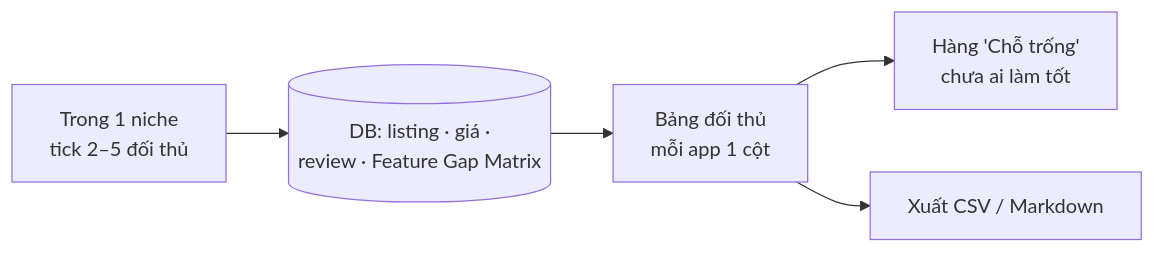
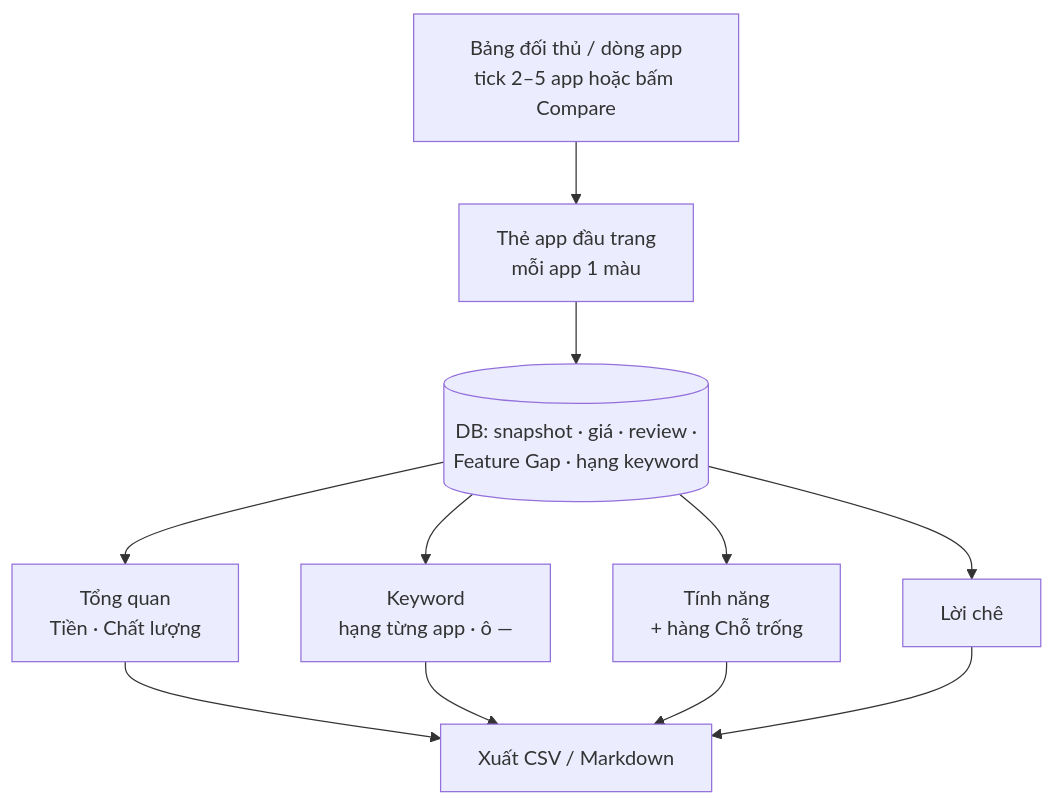
One commit to nvminhtu/niche-radar-docs changed the diagram in docs/web/phase-56-compare-competitor.md. Above: the diagram before and after it, drawn with Mermaid. The commit also changed other lines of this file and 22 other files, not shown here.

````diff
--- a/docs/web/phase-56-compare-competitor.md
+++ b/docs/web/phase-56-compare-competitor.md
@@ -10,7 +15,10 @@
 ```mermaid
-flowchart LR
-  N[Trong 1 niche<br/>tick 2–5 đối thủ] --> D[(DB: listing · giá ·<br/>review · Feature Gap Matrix)]
-  D --> T[Bảng đối thủ<br/>mỗi app 1 cột]
-  T --> G[Hàng 'Chỗ trống'<br/>chưa ai làm tốt]
-  T --> X[Xuất CSV / Markdown]
+flowchart TB
+  P[Bảng đối thủ / dòng app<br/>tick 2–5 app hoặc bấm Compare] --> C[Thẻ app đầu trang<br/>mỗi app 1 màu]
+  C --> D[(DB: snapshot · giá · review ·<br/>Feature Gap · hạng keyword)]
+  D --> T1[Tổng quan<br/>Tiền · Chất lượng]
+  D --> T2[Keyword<br/>hạng từng app · ô —]
+  D --> T3[Tính năng<br/>+ hàng Chỗ trống]
+  D --> T4[Lời chê]
+  T1 & T2 & T3 & T4 --> X[Xuất CSV / Markdown]
 ```
````
